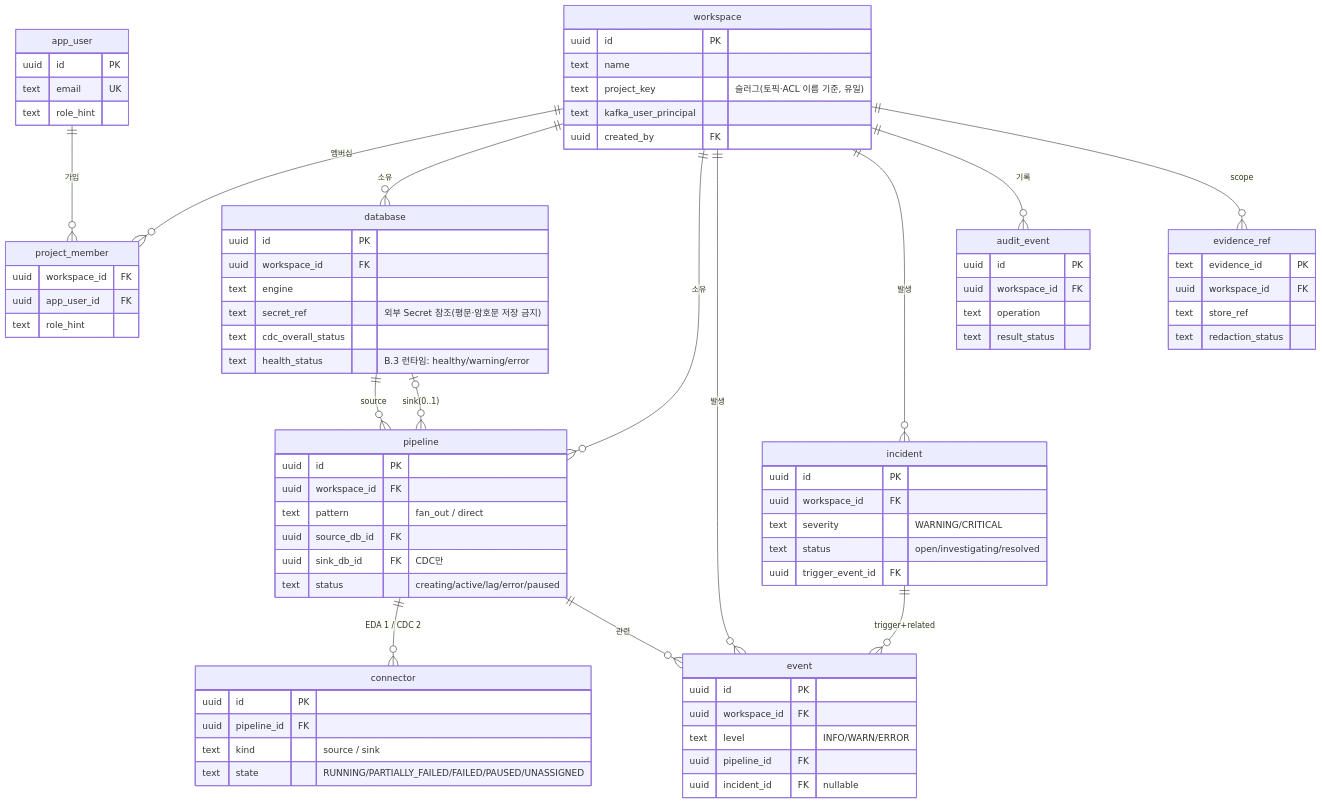
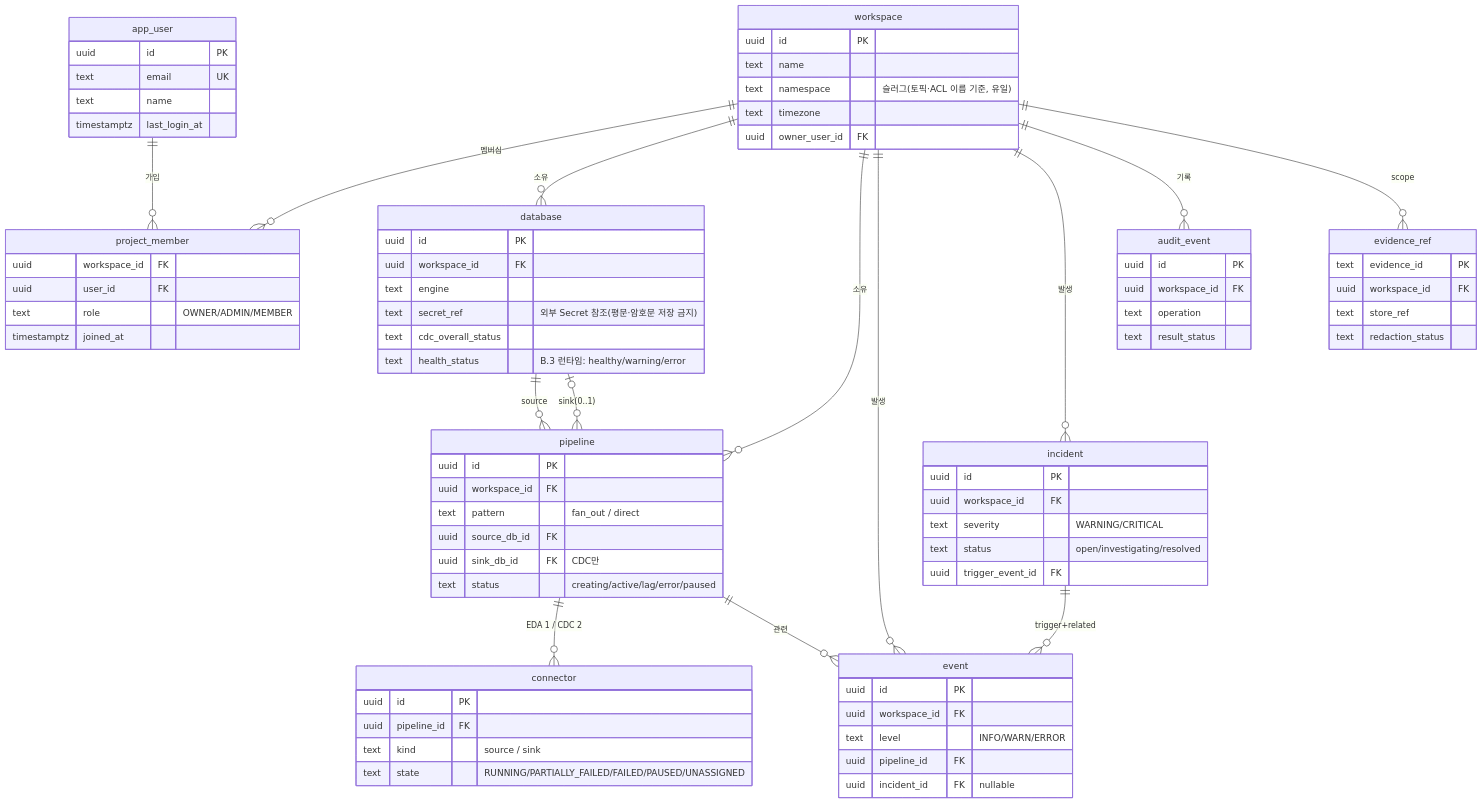
The diagram in docs/design/backend-springboot/data-model.md (cloud-team2/bifrost), drawn with Mermaid before and after one commit. The commit also changed other lines of this file and 11 other files, not shown here.

```diff
--- a/docs/design/backend-springboot/data-model.md
+++ b/docs/design/backend-springboot/data-model.md
@@ -33,19 +33,21 @@
     workspace {
         uuid   id PK
         text   name
-        text   project_key "슬러그(토픽·ACL 이름 기준, 유일)"
-        text   kafka_user_principal
-        uuid   created_by FK
+        text   namespace "슬러그(토픽·ACL 이름 기준, 유일)"
+        text   timezone
+        uuid   owner_user_id FK
     }
     app_user {
         uuid id PK
         text email UK
-        text role_hint
+        text name
+        timestamptz last_login_at
     }
     project_member {
         uuid workspace_id FK
-        uuid app_user_id FK
-        text role_hint
+        uuid user_id FK
+        text role "OWNER/ADMIN/MEMBER"
+        timestamptz joined_at
     }
     database {
         uuid id PK
```
